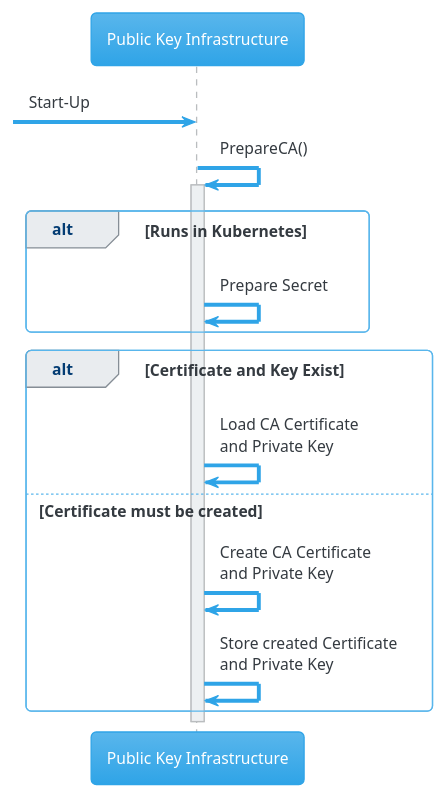
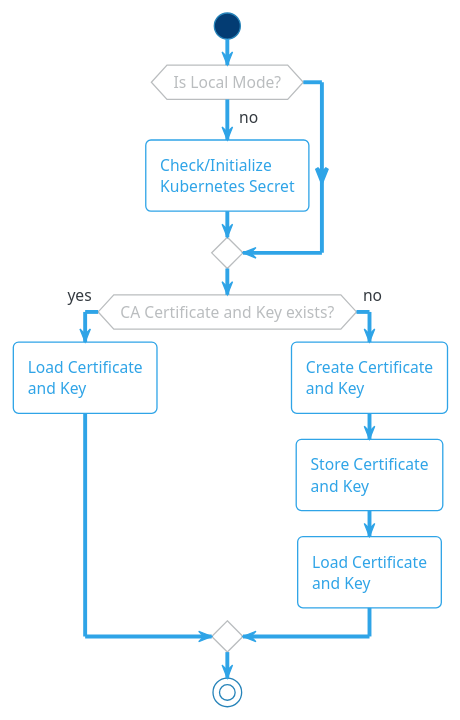
Before and after one commit to buehler/mse-project-thesis-2: the diagram in diagrams/04_pki_prepare_ca.puml, drawn with PlantUML. The commit also changed 9 other files, not shown here.

```diff
--- a/diagrams/04_pki_prepare_ca.puml
+++ b/diagrams/04_pki_prepare_ca.puml
@@ -1,20 +1,25 @@
 @startuml
-!theme cerulean
+!theme cerulean-outline
 
-participant "Public Key Infrastructure" as pki
+start
 
-[-> pki: Start-Up
+if (Is Local Mode?) then (no)
+    :Check/Initialize
+    Kubernetes Secret;
+endif
 
-pki -> pki: PrepareCA()
-activate pki
-    alt Runs in Kubernetes
-        pki -> pki: Prepare Secret
-    end
-    alt Certificate and Key Exist
-        pki -> pki: Load CA Certificate\nand Private Key
-    else Certificate must be created
-        pki -> pki: Create CA Certificate\nand Private Key
-        pki -> pki: Store created Certificate\nand Private Key
-    end
+if (CA Certificate and Key exists?) then (yes)
+    :Load Certificate
+    and Key;
+else (no)
+    :Create Certificate
+    and Key;
+    :Store Certificate
+    and Key;
+    :Load Certificate
+    and Key;
+endif
+
+stop
 
 @enduml
```
